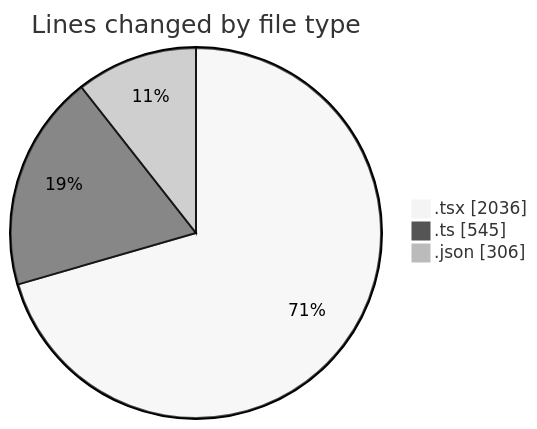
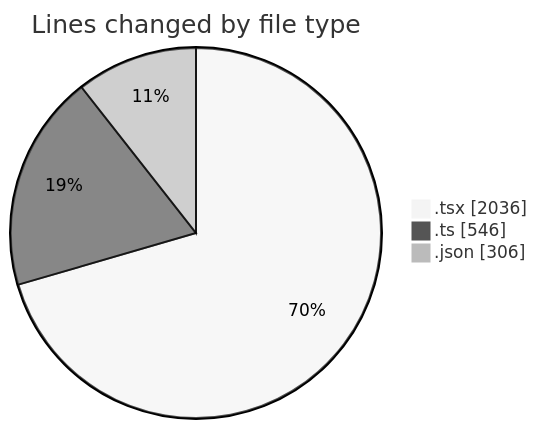
The first of 2 diagrams in 2025-11-22/eventscop-frontend-guide__workspace_/README.md (julien-gomy/code-tracking), drawn with Mermaid (neutral theme) before and after one commit. The commit also changed other lines of this file and 1 other file, not shown here.

````diff
--- a/2025-11-22/eventscop-frontend-guide__workspace_/README.md
+++ b/2025-11-22/eventscop-frontend-guide__workspace_/README.md
@@ -43,7 +43,7 @@
 ```mermaid
 pie showData
 title Lines changed by file type
 ".tsx" : 2036
-".ts" : 545
+".ts" : 546
 ".json" : 306
 ```
````
